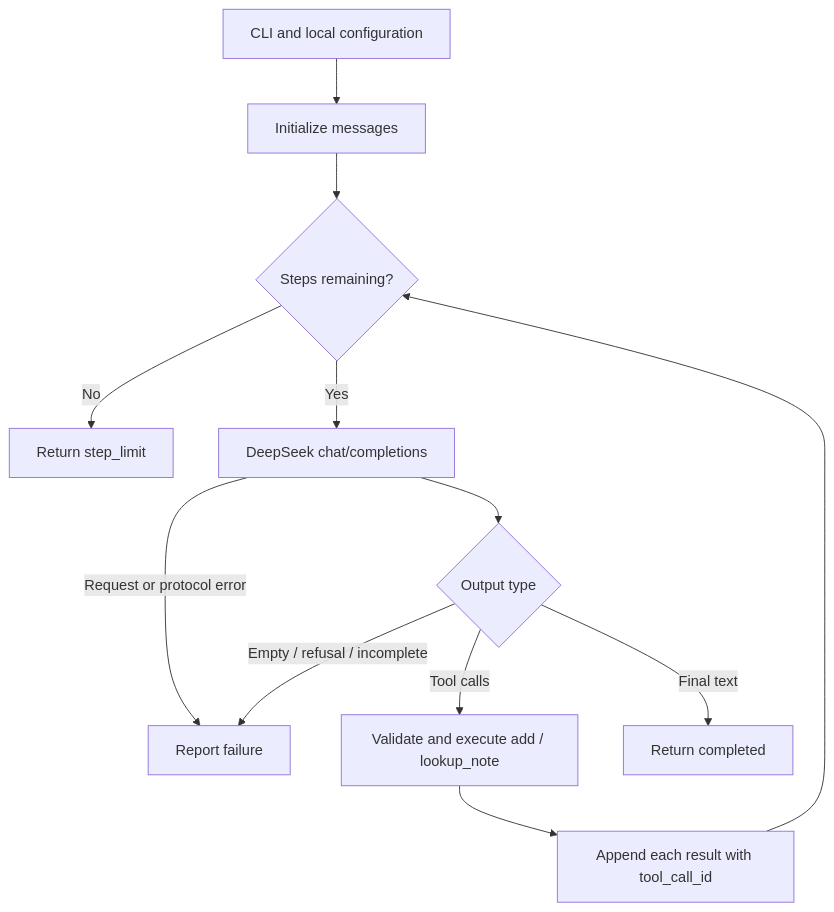
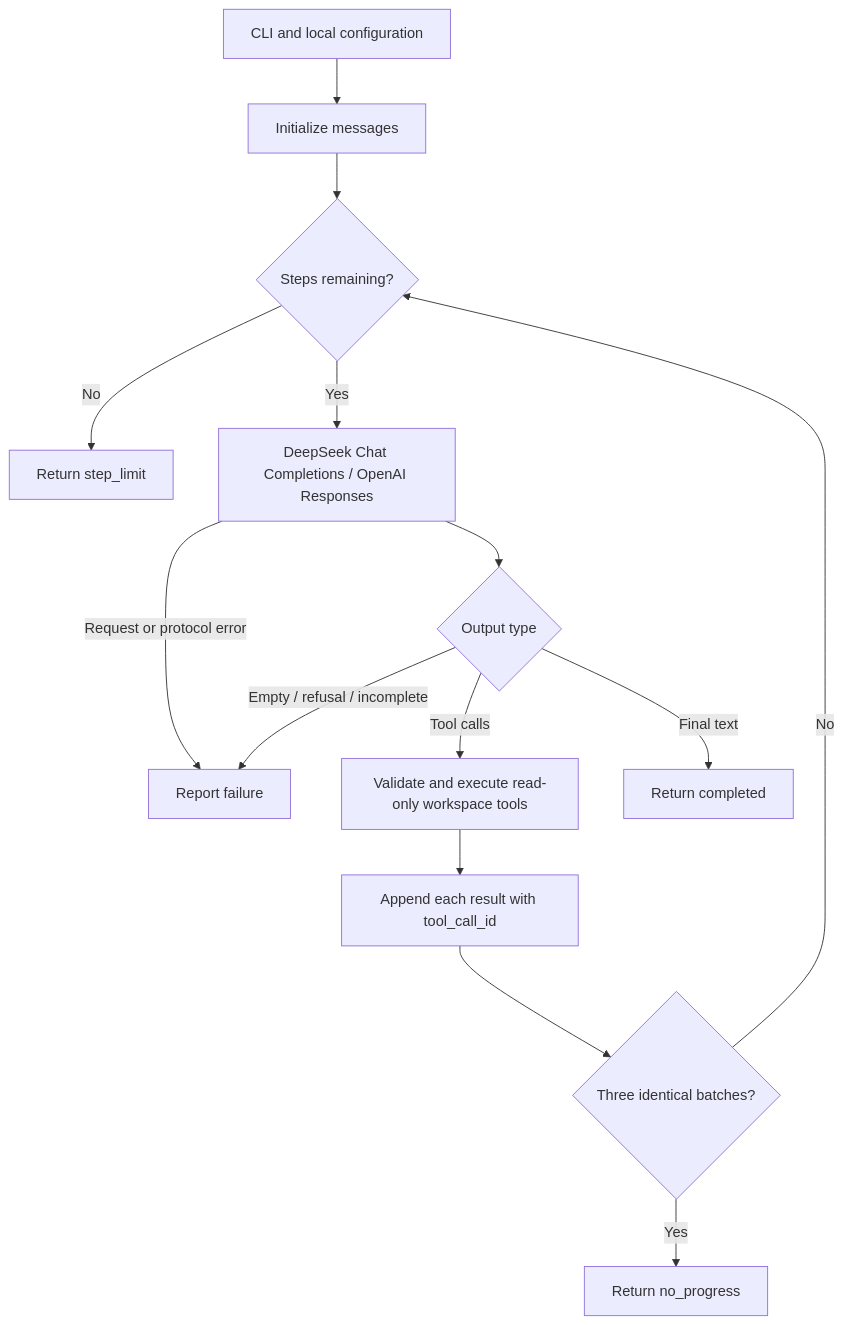
One commit to Huangsj1/ajAgent changed the first of 2 diagrams in docs/architecture.md. Above: the diagram before and after it, drawn with Mermaid. The commit also changed other lines of this file and 24 other files, not shown here.

````diff
--- a/docs/architecture.md
+++ b/docs/architecture.md
@@ -3,14 +3,16 @@
 ```mermaid
 flowchart TD
     CLI[CLI and local configuration] --> H[Initialize messages]
     H --> B{Steps remaining?}
     B -->|No| L[Return step_limit]
-    B -->|Yes| M[DeepSeek chat/completions]
+    B -->|Yes| M[DeepSeek Chat Completions / OpenAI Responses]
     M -->|Request or protocol error| E[Report failure]
     M --> D{Output type}
-    D -->|Tool calls| T[Validate and execute add / lookup_note]
+    D -->|Tool calls| T[Validate and execute read-only workspace tools]
     T --> R[Append each result with tool_call_id]
-    R --> B
+    R --> N{Three identical batches?}
+    N -->|No| B
+    N -->|Yes| P[Return no_progress]
     D -->|Final text| F[Return completed]
     D -->|Empty / refusal / incomplete| E
 ```
````
